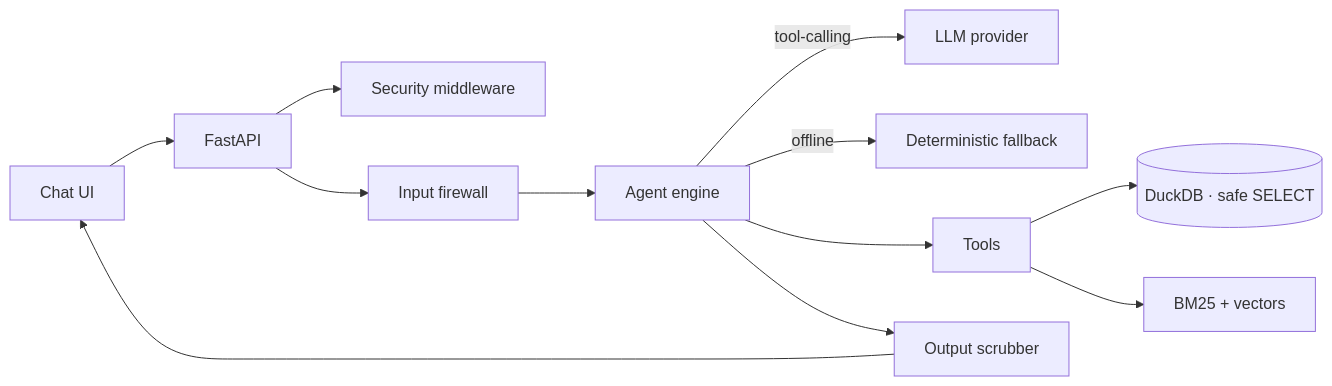
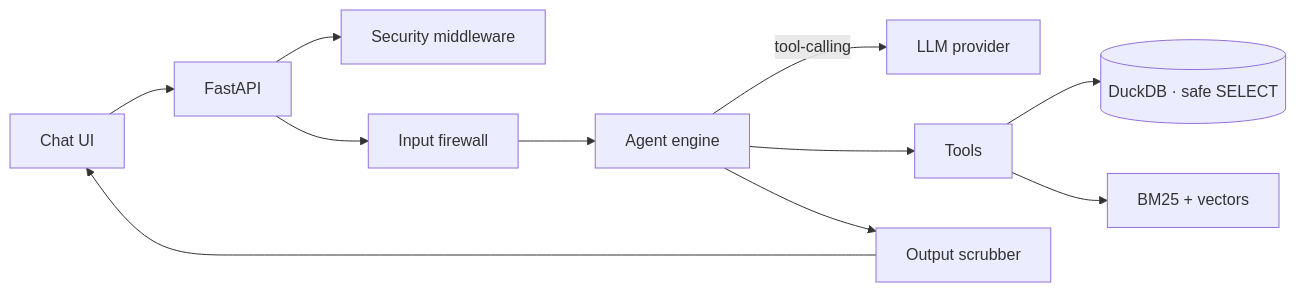
Before and after one commit to GopalGB/rag-analytics-assistant: the diagram in README.md, drawn with Mermaid. The commit also changed other lines of this file and 58 other files, not shown here.

````diff
--- a/README.md
+++ b/README.md
@@ -41,13 +43,12 @@
 ```mermaid
 flowchart LR
     UI[Chat UI] --> API[FastAPI]
     API --> MW[Security middleware]
     API --> Guard[Input firewall]
     Guard --> Engine[Agent engine]
     Engine -->|tool-calling| LLM[LLM provider]
-    Engine -->|offline| Fallback[Deterministic fallback]
     Engine --> Tools
     Tools --> SQL[(DuckDB · safe SELECT)]
     Tools --> RAG[BM25 + vectors]
     Engine --> Scrub[Output scrubber] --> UI
 ```
````
